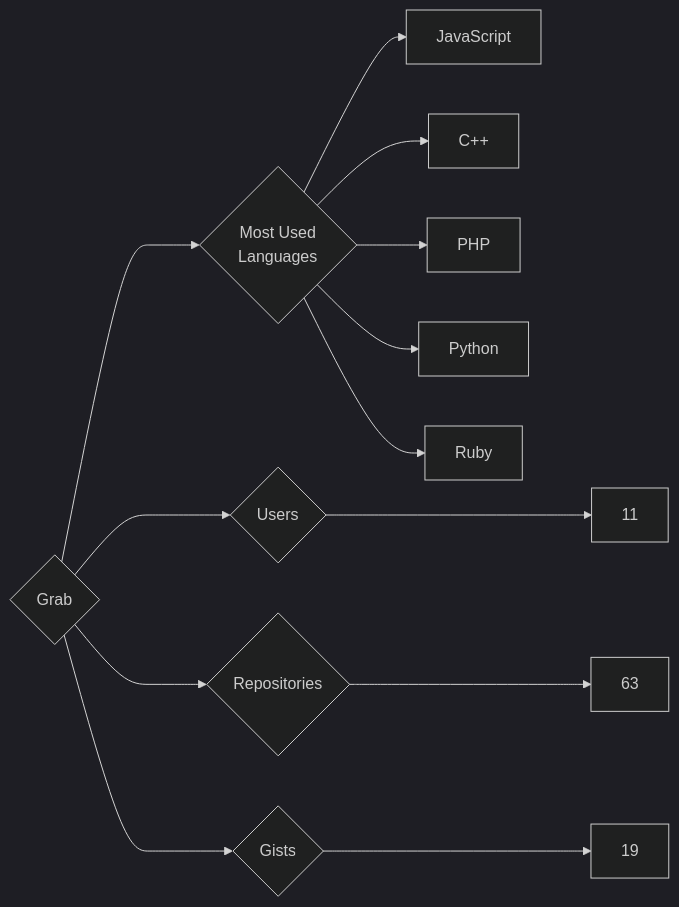
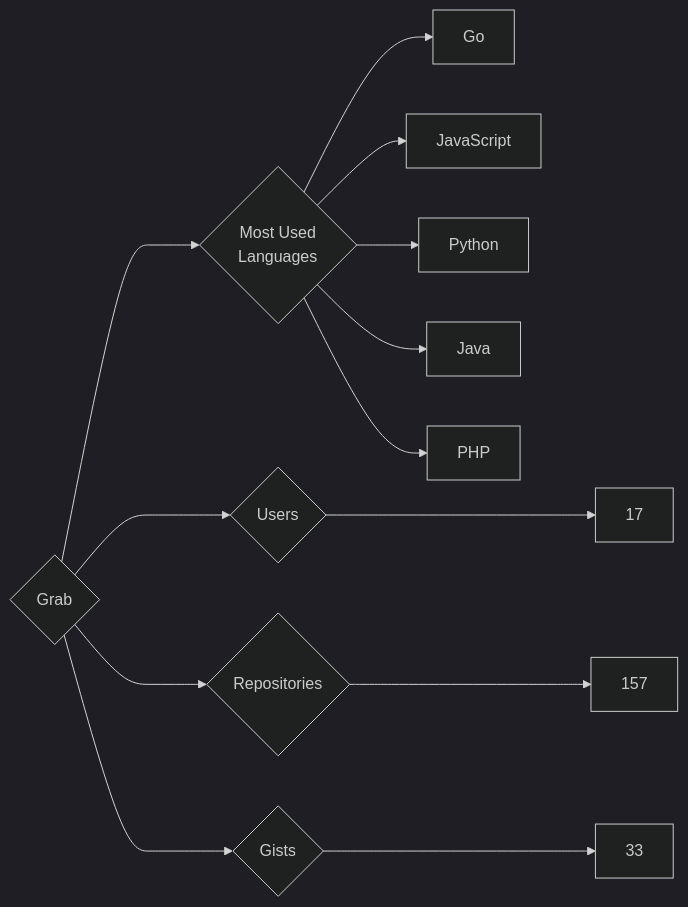
One commit to trickest/insiders changed the diagram in targets/Grab/README.md. Above: the diagram before and after it, drawn with Mermaid (dark theme). The commit also changed 782 other files, not shown here.

````diff
--- a/targets/Grab/README.md
+++ b/targets/Grab/README.md
@@ -3,13 +3,13 @@
 ```mermaid
 graph LR
 COMPANY_NAME{Grab}
-COMPANY_NAME ---> U{Users} ---> UN[11]
-COMPANY_NAME ---> R{Repositories} ---> RN[63]
-COMPANY_NAME ---> G{Gists} ---> GN[19]
+COMPANY_NAME ---> U{Users} ---> UN[17]
+COMPANY_NAME ---> R{Repositories} ---> RN[157]
+COMPANY_NAME ---> G{Gists} ---> GN[33]
 COMPANY_NAME ---> ML{Most Used<br>Languages}
+ML --> Go[Go]
 ML --> JavaScript[JavaScript]
-ML --> C++[C++]
+ML --> Python[Python]
+ML --> Java[Java]
 ML --> PHP[PHP]
-ML --> Python[Python]
-ML --> Ruby[Ruby]
 ```
````
